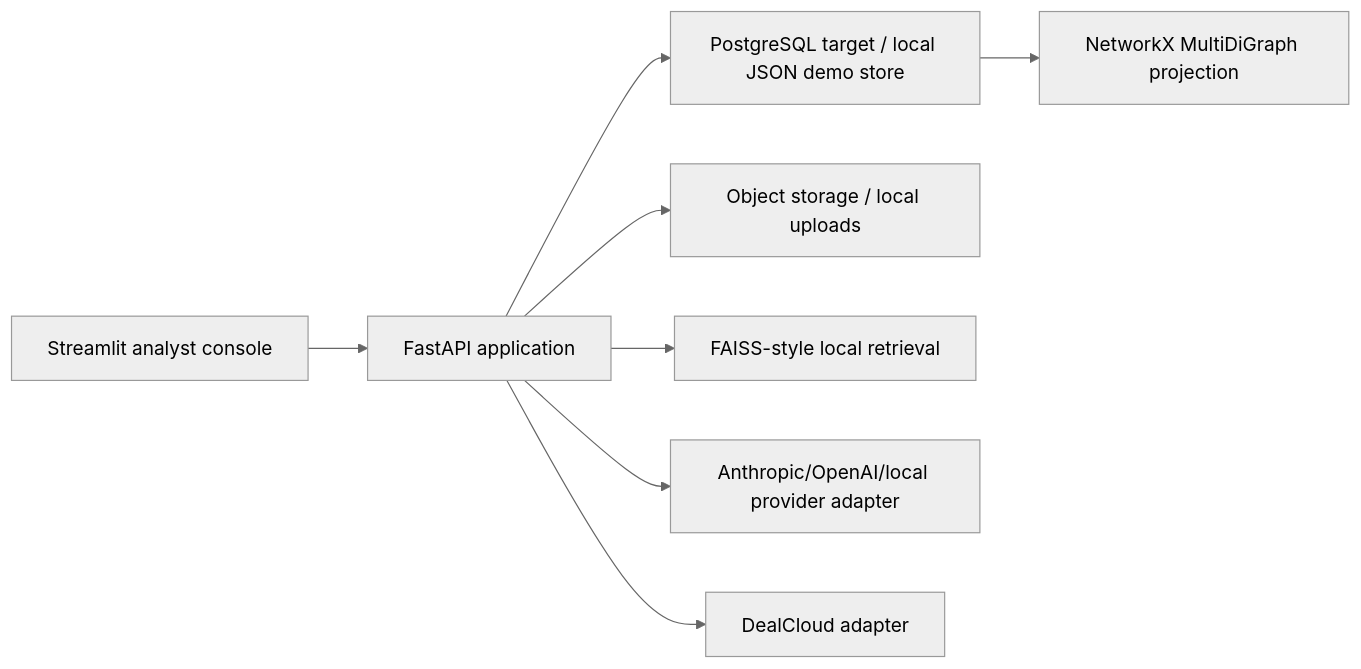
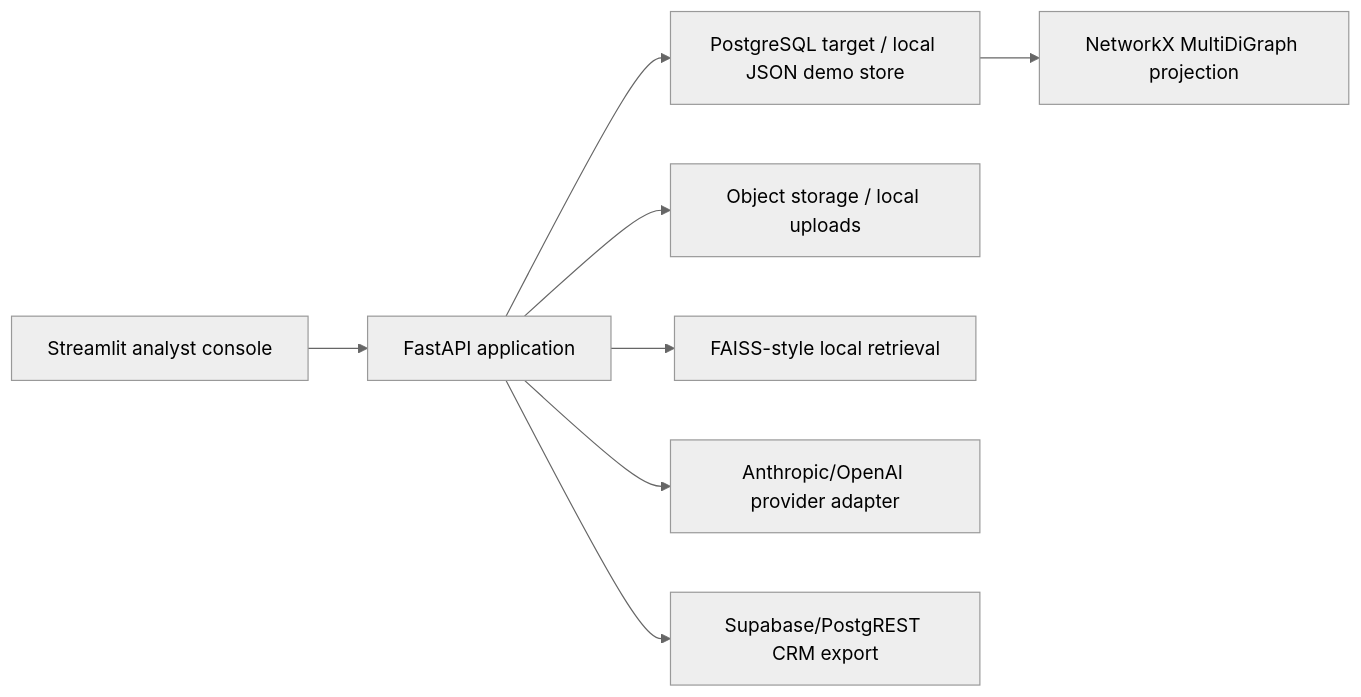
One commit to sohanmirylkar/AI-Relationship-Intelligence-Platform changed the diagram in docs/architecture.md. Above: the diagram before and after it, drawn with Mermaid (neutral theme). The commit also changed other lines of this file and 16 other files, not shown here.

````diff
--- a/docs/architecture.md
+++ b/docs/architecture.md
@@ -5,10 +5,10 @@
 ```mermaid
 flowchart LR
   Analyst["Streamlit analyst console"] --> API["FastAPI application"]
   API --> Store["PostgreSQL target / local JSON demo store"]
   API --> Files["Object storage / local uploads"]
   API --> RAG["FAISS-style local retrieval"]
-  API --> LLM["Anthropic/OpenAI/local provider adapter"]
-  API --> CRM["DealCloud adapter"]
+  API --> LLM["Anthropic/OpenAI provider adapter"]
+  API --> CRM["Supabase/PostgREST CRM export"]
   Store --> Graph["NetworkX MultiDiGraph projection"]
 ```
````
